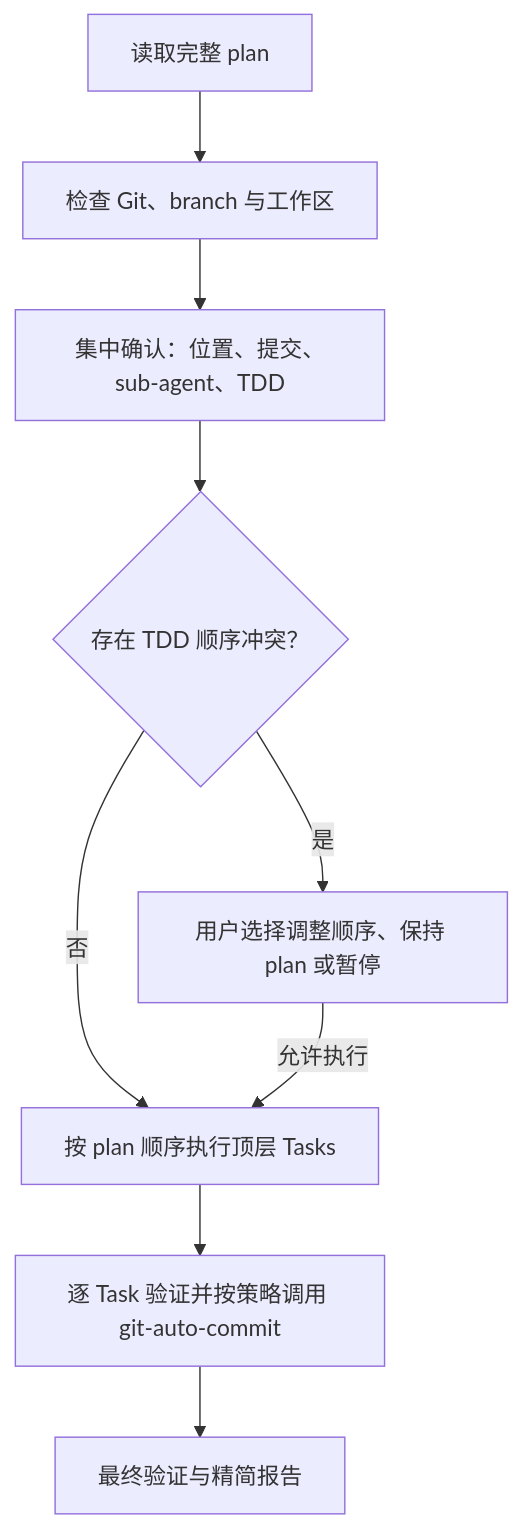
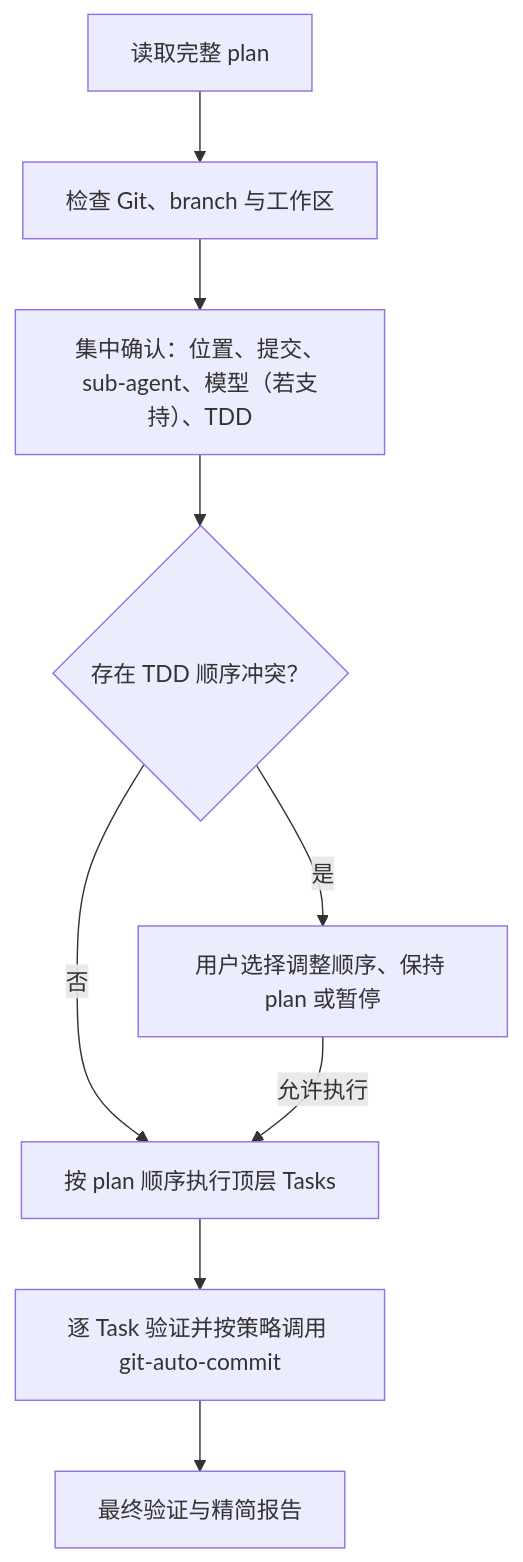
One commit to cmstar/hyperpowers-skills changed the third of 4 diagrams in docs/wiki.md. Above: the diagram before and after it, drawn with Mermaid. The commit also changed other lines of this file and 2 other files, not shown here.

First line of the commit message:
让执行器按平台能力确认 sub-agent 模型

````diff
--- a/docs/wiki.md
+++ b/docs/wiki.md
@@ -345,11 +353,11 @@
 ```mermaid
 flowchart TD
     P["读取完整 plan"] --> G["检查 Git、branch 与工作区"]
-    G --> C["集中确认：位置、提交、sub-agent、TDD"]
+    G --> C["集中确认：位置、提交、sub-agent、模型（若支持）、TDD"]
     C --> K{"存在 TDD 顺序冲突？"}
     K -->|"是"| R["用户选择调整顺序、保持 plan 或暂停"]
     K -->|"否"| T["按 plan 顺序执行顶层 Tasks"]
     R -->|"允许执行"| T
     T --> V["逐 Task 验证并按策略调用 git-auto-commit"]
     V --> F["最终验证与精简报告"]
 ```
````
